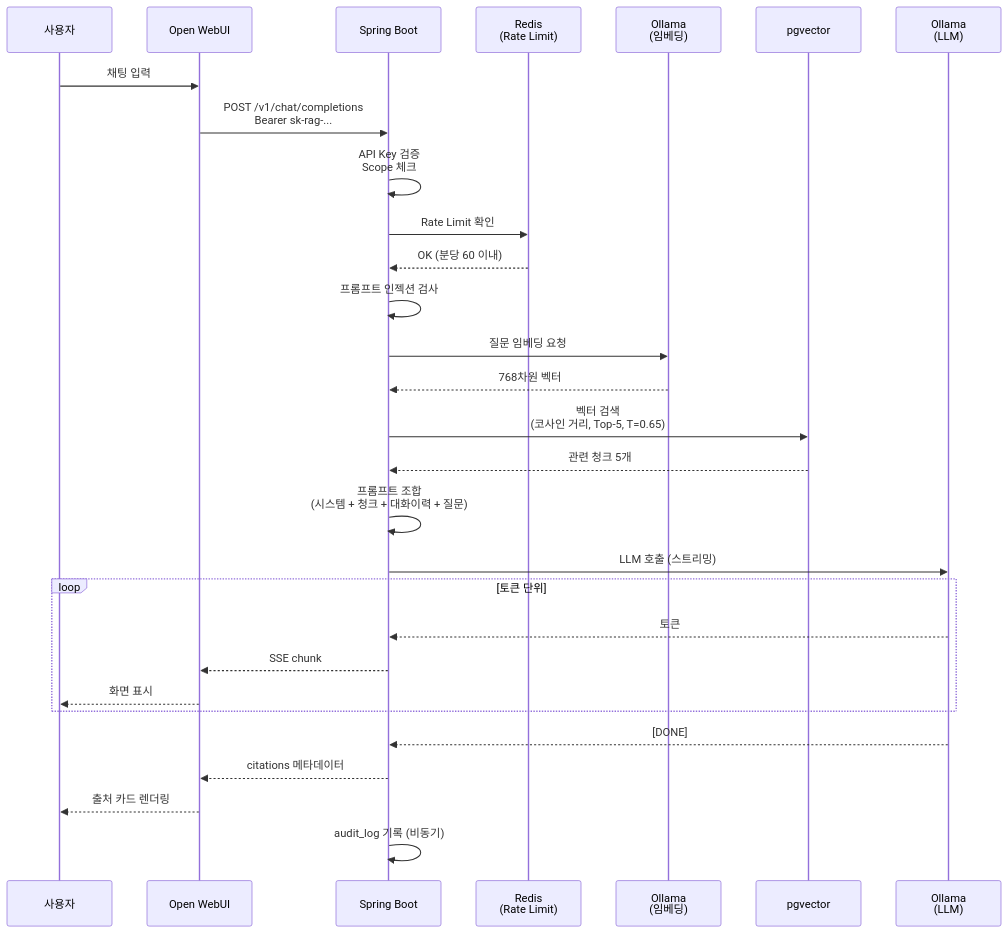
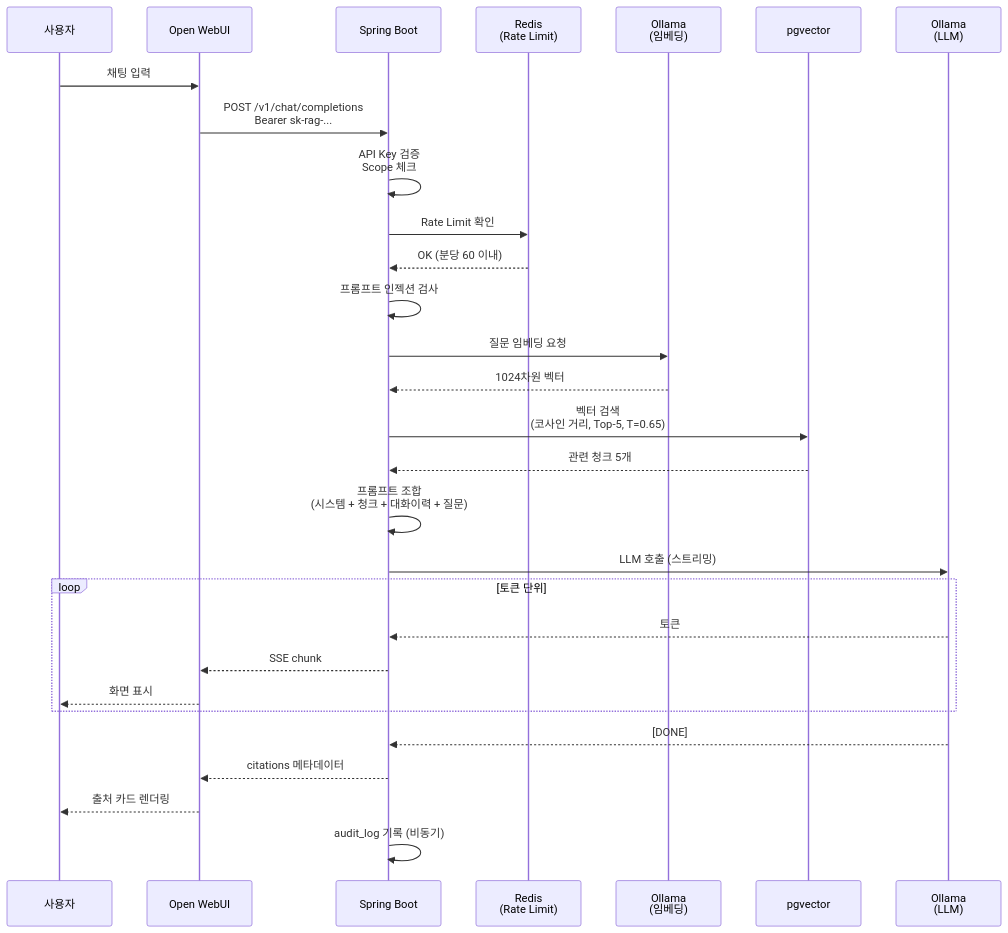
One commit to nittre/ragvault changed the sixth of 14 diagrams in requirements/TEAM-OVERVIEW.md. Above: the diagram before and after it, drawn with Mermaid. The commit also changed other lines of this file and 32 other files, not shown here.

````diff
--- a/requirements/TEAM-OVERVIEW.md
+++ b/requirements/TEAM-OVERVIEW.md
@@ -620,34 +598,34 @@
 ```mermaid
 sequenceDiagram
     participant U as 사용자
     participant W as Open WebUI
     participant SB as Spring Boot
     participant R as Redis<br/>(Rate Limit)
     participant O_E as Ollama<br/>(임베딩)
     participant PG as pgvector
     participant O_L as Ollama<br/>(LLM)
 
     U->>W: 채팅 입력
     W->>SB: POST /v1/chat/completions<br/>Bearer sk-rag-...
     SB->>SB: API Key 검증<br/>Scope 체크
     SB->>R: Rate Limit 확인
     R-->>SB: OK (분당 60 이내)
     SB->>SB: 프롬프트 인젝션 검사
     SB->>O_E: 질문 임베딩 요청
-    O_E-->>SB: 768차원 벡터
+    O_E-->>SB: 1024차원 벡터
     SB->>PG: 벡터 검색<br/>(코사인 거리, Top-5, T=0.65)
     PG-->>SB: 관련 청크 5개
     SB->>SB: 프롬프트 조합<br/>(시스템 + 청크 + 대화이력 + 질문)
     SB->>O_L: LLM 호출 (스트리밍)
 
     loop 토큰 단위
         O_L-->>SB: 토큰
         SB-->>W: SSE chunk
         W-->>U: 화면 표시
     end
 
     O_L-->>SB: [DONE]
     SB-->>W: citations 메타데이터
     W-->>U: 출처 카드 렌더링
     SB->>SB: audit_log 기록 (비동기)
 ```
````
